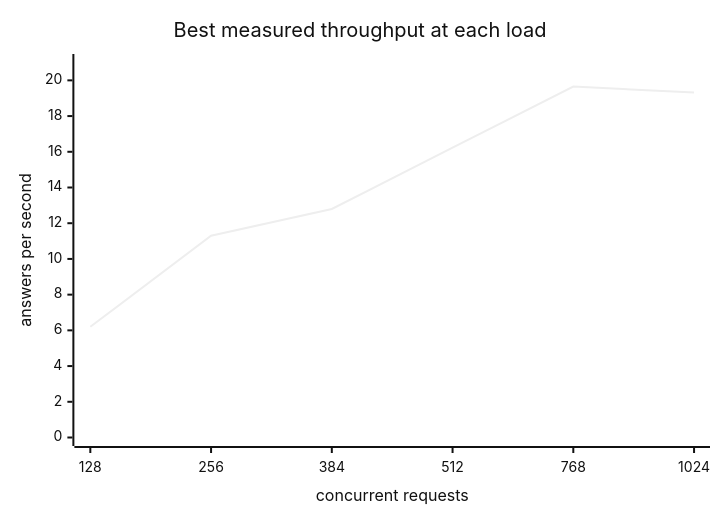
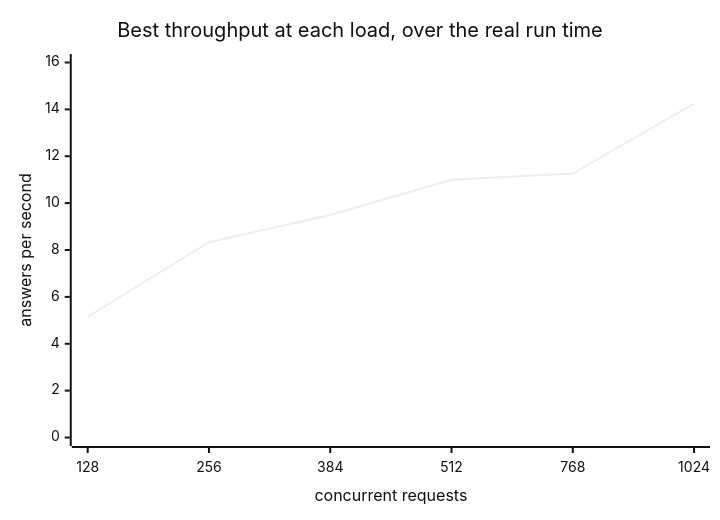
One commit to flash-ultra/ai-server-setup changed the first of 2 diagrams in cloudscale-gpu2-512-80-4-800/deepseek-v4-flash-0731/sglang/scenarios/concurrent-load.md. Above: the diagram before and after it, drawn with Mermaid (neutral theme). The commit also changed other lines of this file and 42 other files, not shown here.

````diff
--- a/cloudscale-gpu2-512-80-4-800/deepseek-v4-flash-0731/sglang/scenarios/concurrent-load.md
+++ b/cloudscale-gpu2-512-80-4-800/deepseek-v4-flash-0731/sglang/scenarios/concurrent-load.md
@@ -218,7 +235,7 @@
 ```mermaid
 xychart-beta
-    title "Best measured throughput at each load"
+    title "Best throughput at each load, over the real run time"
     x-axis "concurrent requests" [128, 256, 384, 512, 768, 1024]
-    y-axis "answers per second" 0 --> 21
-    line "best of any configuration" [6.20, 11.30, 12.80, 16.23, 19.65, 19.32]
+    y-axis "answers per second" 0 --> 16
+    line "best of any configuration" [5.15, 8.33, 9.49, 11.00, 11.26, 14.25]
 ```
````
